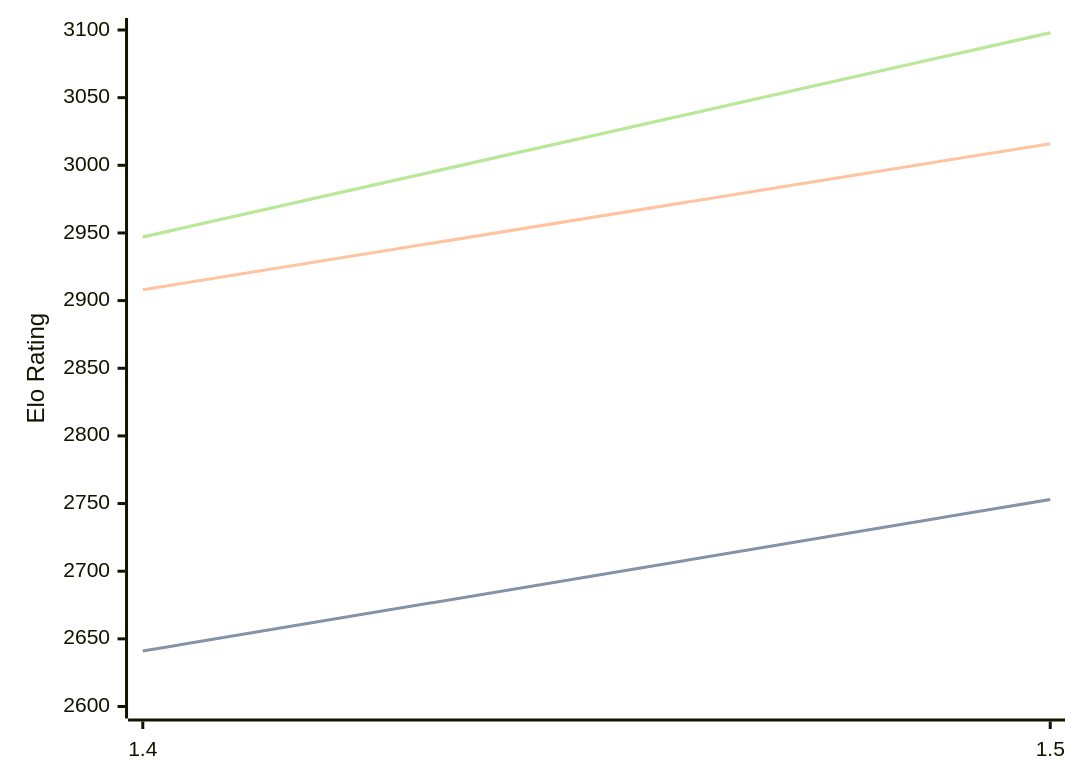
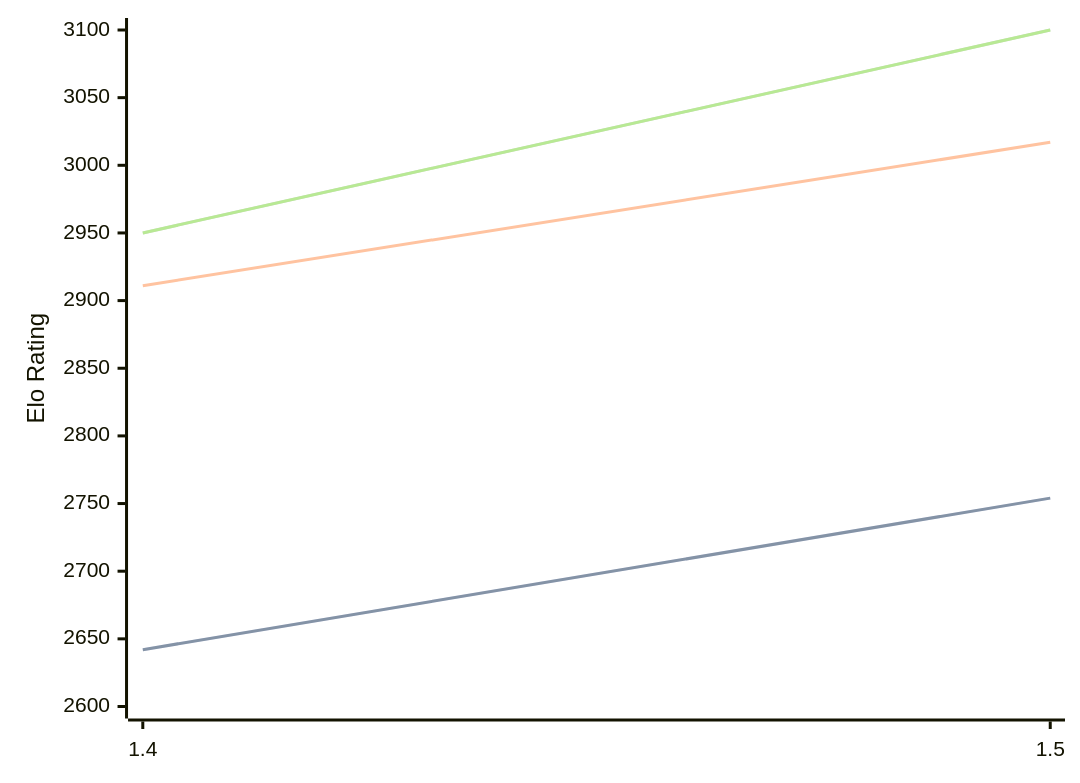
One commit to computer-chess-index/cci changed the diagram in engines/Yakka.md. Above: the diagram before and after it, drawn with Mermaid. The commit also changed other lines of this file, not shown here.

Commit message:
Update CCI Ratings (ELO VLTC) - 2026-08-09

````diff
--- a/engines/Yakka.md
+++ b/engines/Yakka.md
@@ -32,11 +32,11 @@
 ```mermaid
 %%{init: {"theme":"base","themeVariables":{"seriesColors:['#a3a3a3','#222221','#faa371']}}}%%
 xychart-beta
   x-axis ["1.4", "1.5"]
   y-axis "Elo Rating" 2600 --> 3100
-  line "STC (8.0+0.08s)" [2641, 2753]
-  line "STC (8.0+0.08s)" [2641, 2753]
-  line "LTC (60.0+0.60s)" [2908, 3016]
-  line "VLTC (2m24s+1.12s)" [2947, 3098]
-  line "VLTC (2m24s+1.12s)" [2947, 3098]
+  line "STC (8.0+0.08s)" [2642, 2754]
+  line "STC (8.0+0.08s)" [2642, 2754]
+  line "LTC (60.0+0.60s)" [2911, 3017]
+  line "VLTC (2m24s+1.12s)" [2950, 3100]
+  line "VLTC (2m24s+1.12s)" [2950, 3100]
 ```
````
